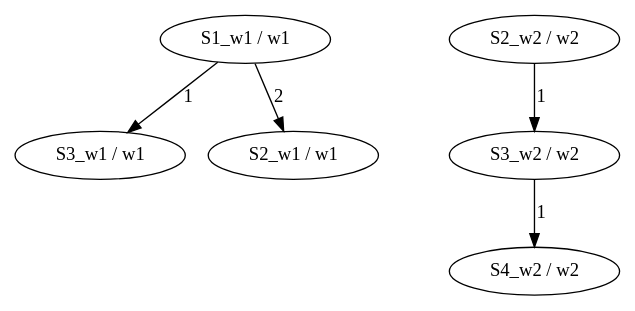
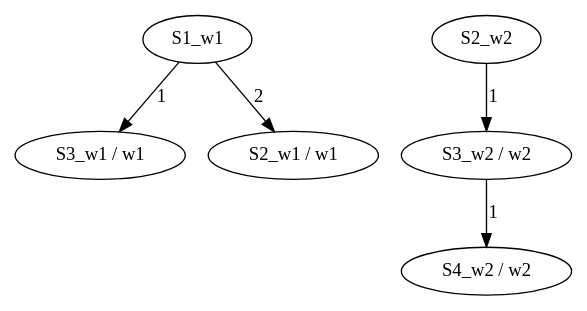
One commit to w1ldhoneyp1e/automat_theory changed the diagram in examples/mealy_example_converted.dot. Above: the diagram before and after it, drawn with Graphviz. The commit also changed 1 other file, not shown here.

```diff
--- a/examples/mealy_example_converted.dot
+++ b/examples/mealy_example_converted.dot
@@ -1,13 +1,11 @@
 digraph MooreMachine {
-  S1_w1 [label="S1_w1 / w1"];
   S3_w1 [label="S3_w1 / w1"];
   S2_w1 [label="S2_w1 / w1"];
-  S2_w2 [label="S2_w2 / w2"];
   S3_w2 [label="S3_w2 / w2"];
   S4_w2 [label="S4_w2 / w2"];
 
   S1_w1 -> S3_w1 [label="1"];
   S1_w1 -> S2_w1 [label="2"];
   S2_w2 -> S3_w2 [label="1"];
   S3_w2 -> S4_w2 [label="1"];
 }
```
